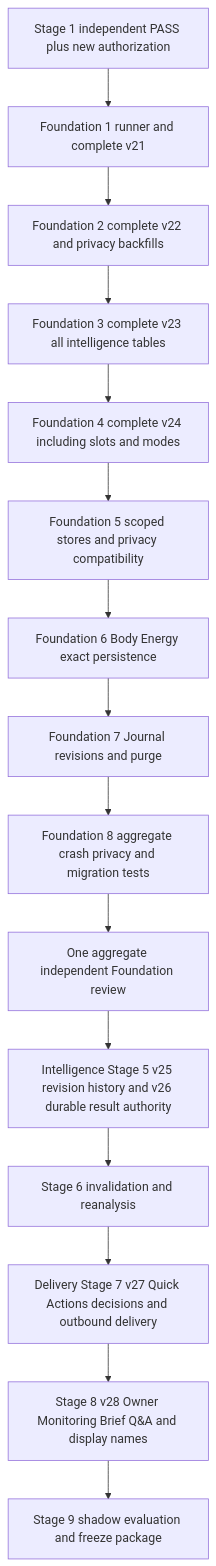
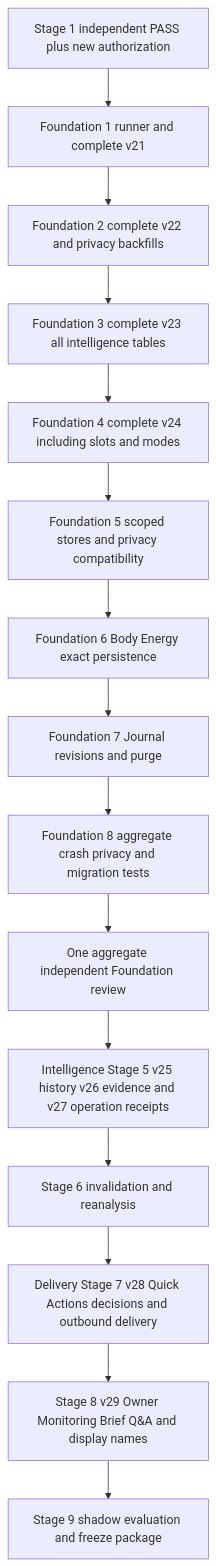
The sixth of 6 diagrams in docs/phase4-architecture.md (enjoyfulwen0204-eng/whoop-briefing), drawn with Mermaid before and after one commit. The commit also changed other lines of this file and 127 other files, not shown here.

Commit message:
docs(stage5): freeze closure contracts and retain verification evidence

```diff
--- a/docs/phase4-architecture.md
+++ b/docs/phase4-architecture.md
@@ -3630,17 +3636,17 @@
 ~~~mermaid
 flowchart TD
     S1[Stage 1 independent PASS plus new authorization] --> F1[Foundation 1 runner and complete v21]
     F1 --> F2[Foundation 2 complete v22 and privacy backfills]
     F2 --> F3[Foundation 3 complete v23 all intelligence tables]
     F3 --> F4[Foundation 4 complete v24 including slots and modes]
     F4 --> F5[Foundation 5 scoped stores and privacy compatibility]
     F5 --> F6[Foundation 6 Body Energy exact persistence]
     F6 --> F7[Foundation 7 Journal revisions and purge]
     F7 --> F8[Foundation 8 aggregate crash privacy and migration tests]
     F8 --> FG[One aggregate independent Foundation review]
-    FG --> S5[Intelligence Stage 5 v25 revision history and v26 durable result authority]
+    FG --> S5[Intelligence Stage 5 v25 history v26 evidence and v27 operation receipts]
     S5 --> S6[Stage 6 invalidation and reanalysis]
-    S6 --> S7[Delivery Stage 7 v27 Quick Actions decisions and outbound delivery]
-    S7 --> S8[Stage 8 v28 Owner Monitoring Brief Q&A and display names]
+    S6 --> S7[Delivery Stage 7 v28 Quick Actions decisions and outbound delivery]
+    S7 --> S8[Stage 8 v29 Owner Monitoring Brief Q&A and display names]
     S8 --> S9[Stage 9 shadow evaluation and freeze package]
 ~~~
```
